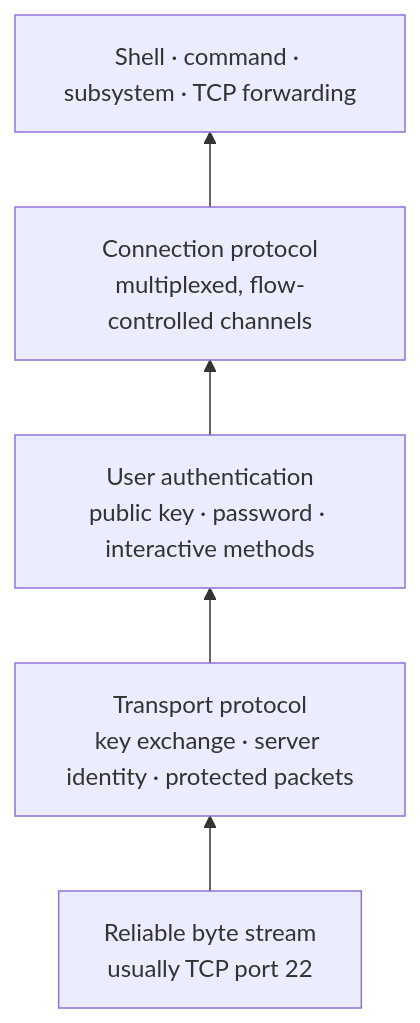
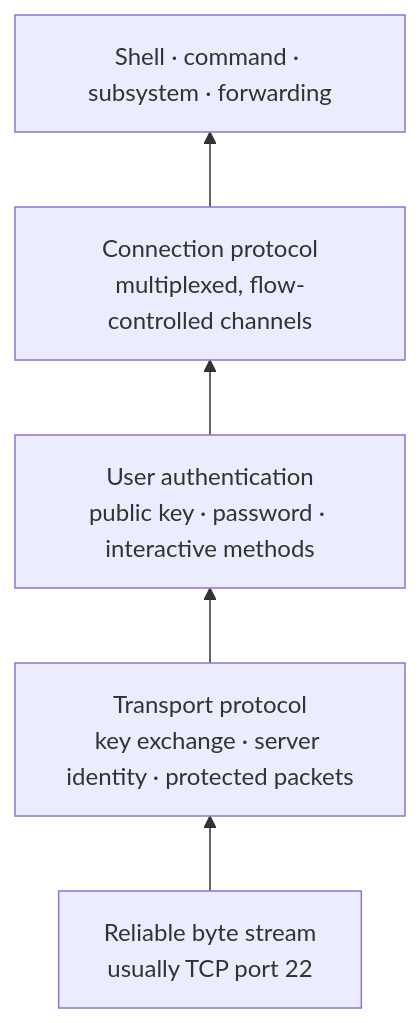
One commit to fornwall/ssh-protocol changed the first of 2 diagrams in src/introduction.md. Above: the diagram before and after it, drawn with Mermaid. The commit also changed other lines of this file and 27 other files, not shown here.

````diff
--- a/src/introduction.md
+++ b/src/introduction.md
@@ -16,8 +15,8 @@
 ```mermaid
 flowchart BT
     TCP["Reliable byte stream<br/>usually TCP port 22"] --> Transport
     Transport["Transport protocol<br/>key exchange · server identity · protected packets"] --> Auth
     Auth["User authentication<br/>public key · password · interactive methods"] --> Connection
     Connection["Connection protocol<br/>multiplexed, flow-controlled channels"] --> Uses
-    Uses["Shell · command · subsystem · TCP forwarding"]
+    Uses["Shell · command · subsystem · forwarding"]
 ```
````
